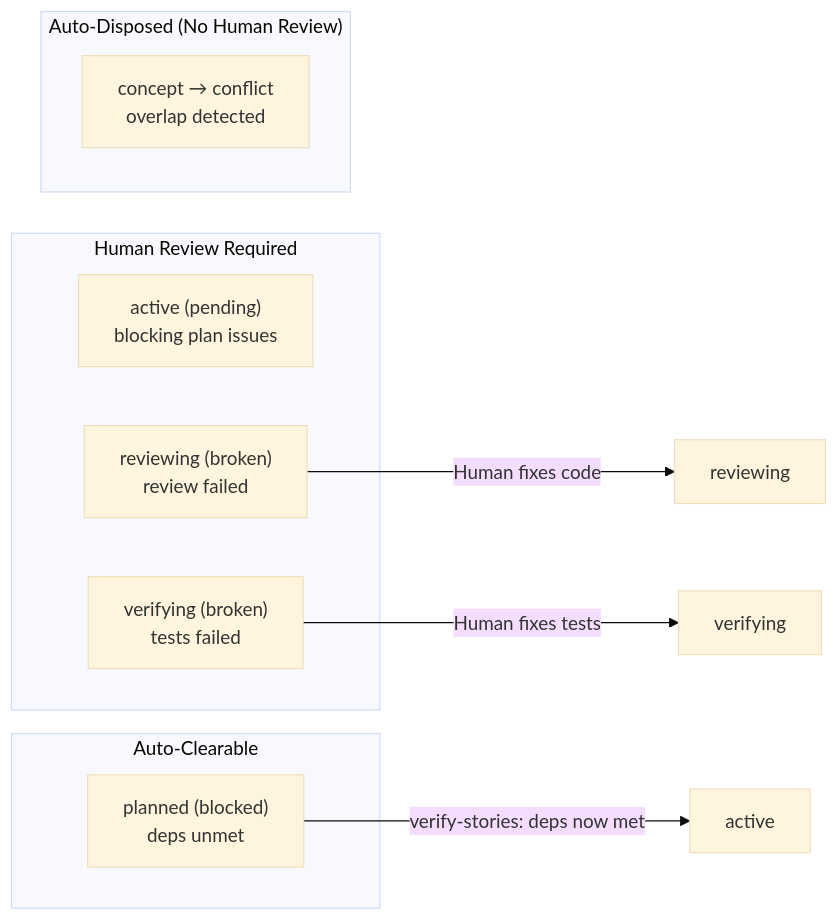
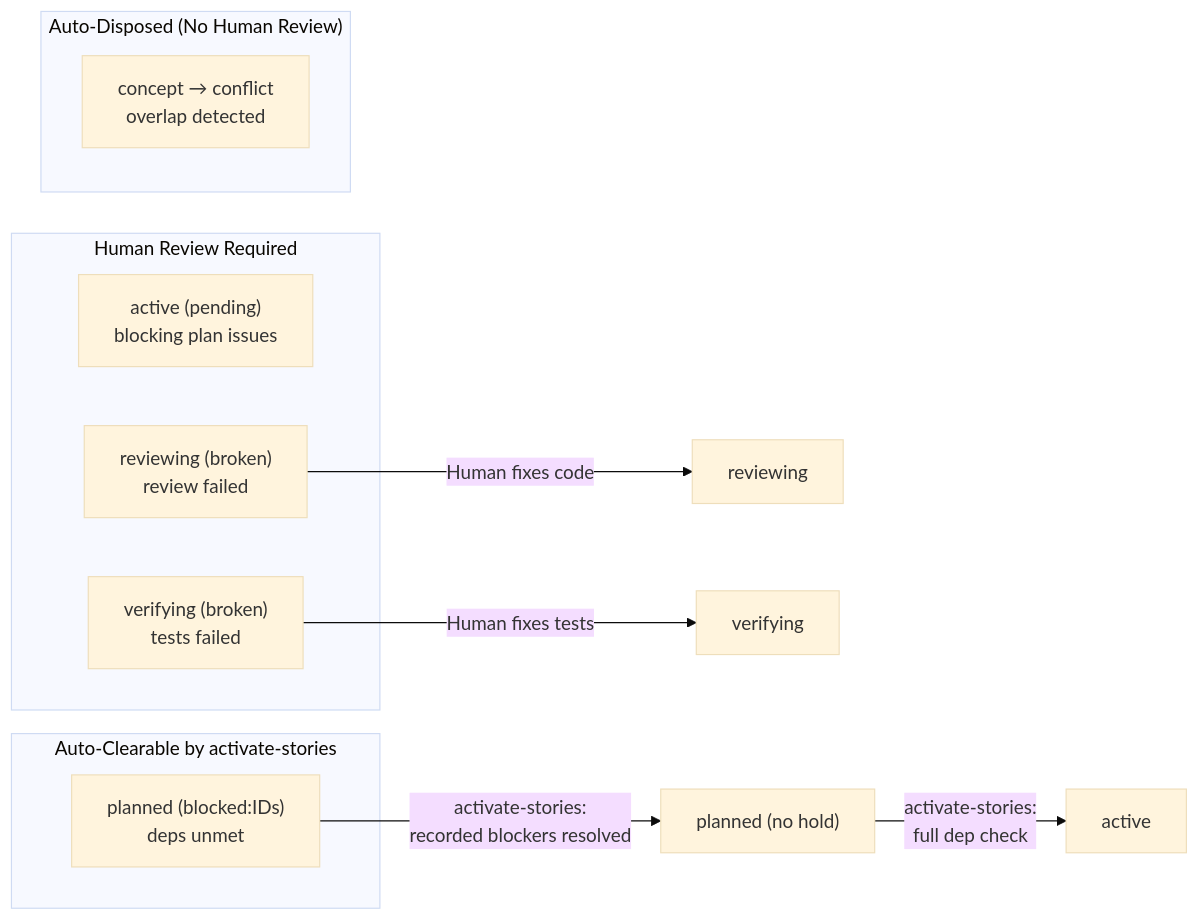
One commit to Mharbulous/SyncoPaid changed the third of 4 diagrams in .claude/skills/story-tree/references/orchestrator-workflow-complete.md. Above: the diagram before and after it, drawn with Mermaid (base theme). The commit also changed other lines of this file, not shown here.

````diff
--- a/.claude/skills/story-tree/references/orchestrator-workflow-complete.md
+++ b/.claude/skills/story-tree/references/orchestrator-workflow-complete.md
@@ -264,21 +268,22 @@
 ```mermaid
 flowchart LR
     subgraph "Human Review Required"
         H2["active (pending)<br/>blocking plan issues"]
         H3["reviewing (broken)<br/>review failed"]
         H4["verifying (broken)<br/>tests failed"]
     end
 
-    subgraph "Auto-Clearable"
-        A1["planned (blocked)<br/>deps unmet"]
+    subgraph "Auto-Clearable by activate-stories"
+        A1["planned (blocked:IDs)<br/>deps unmet"]
     end
 
     subgraph "Auto-Disposed (No Human Review)"
         C1["concept → conflict<br/>overlap detected"]
     end
 
     H3 -->|"Human fixes code"| H3_CLEAR["reviewing"]
     H4 -->|"Human fixes tests"| H4_CLEAR["verifying"]
 
-    A1 -->|"verify-stories: deps now met"| A1_CLEAR["active"]
+    A1 -->|"activate-stories:<br/>recorded blockers resolved"| A1_CLEAR["planned (no hold)"]
+    A1_CLEAR -->|"activate-stories:<br/>full dep check"| A1_ACTIVE["active"]
 ```
````
